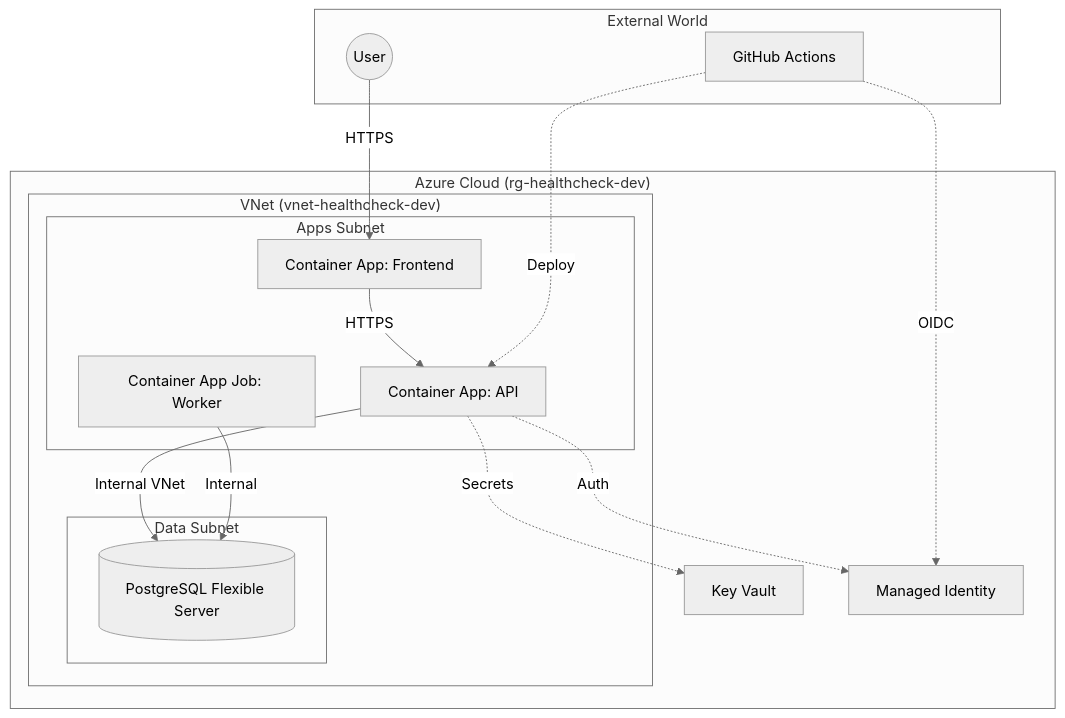
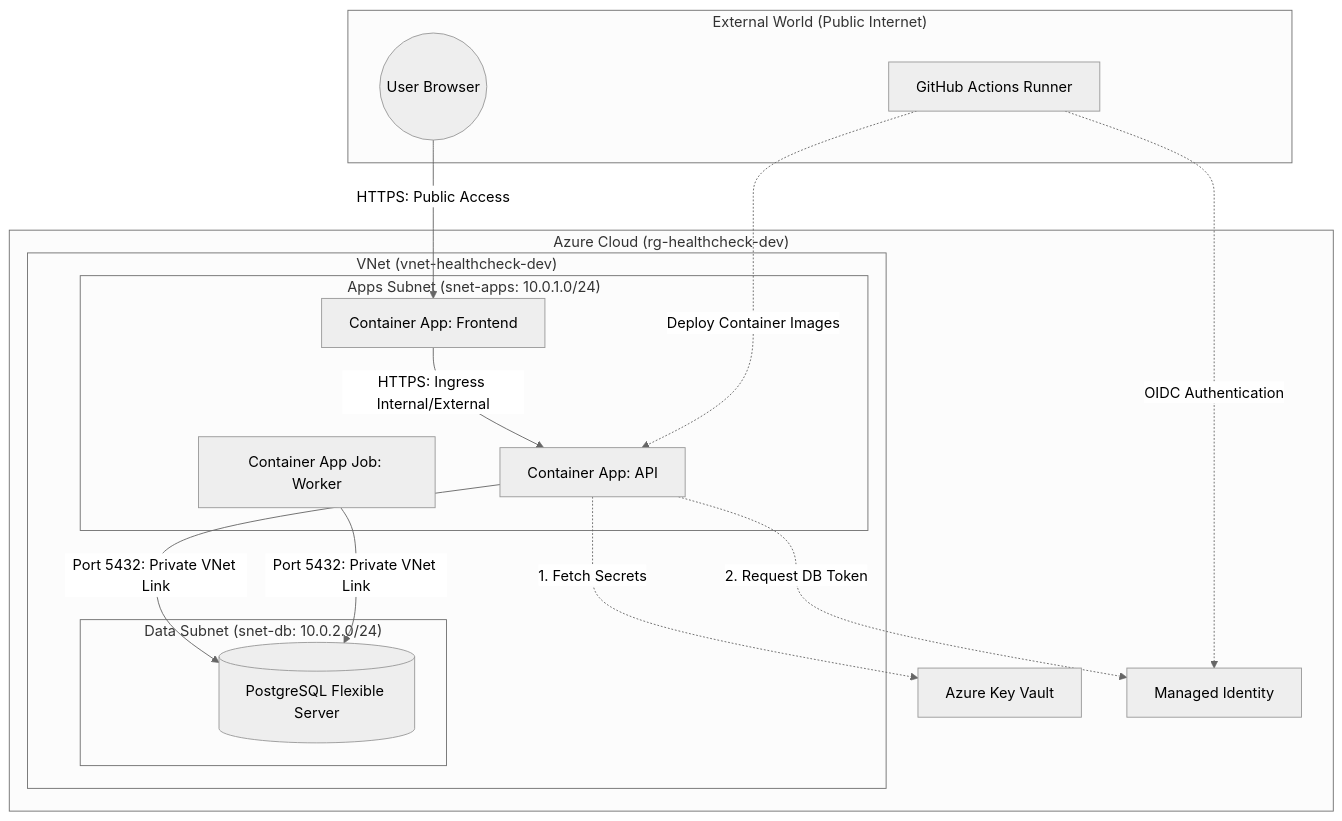
One commit to toanle88/Healthcheck changed the diagram in docs/lessons/01-architecture-overview.md. Above: the diagram before and after it, drawn with Mermaid (neutral theme). The commit also changed other lines of this file and 4 other files, not shown here.

First line of the commit message:
Enhance documentation for Go microservices, Terraform infrastructure, Azure Container Apps, and CI/CD processes

````diff
--- a/docs/lessons/01-architecture-overview.md
+++ b/docs/lessons/01-architecture-overview.md
@@ -9,33 +11,33 @@
 ```mermaid
 graph TD
-    subgraph "External World"
-        User((User))
-        GH[GitHub Actions]
+    subgraph "External World (Public Internet)"
+        User((User Browser))
+        GH[GitHub Actions Runner]
     end
 
     subgraph "Azure Cloud (rg-healthcheck-dev)"
         subgraph "VNet (vnet-healthcheck-dev)"
-            subgraph "Apps Subnet"
+            subgraph "Apps Subnet (snet-apps: 10.0.1.0/24)"
+                Web[Container App: Frontend]
                 API[Container App: API]
                 Worker[Container App Job: Worker]
-                Web[Container App: Frontend]
             end
             
-            subgraph "Data Subnet"
+            subgraph "Data Subnet (snet-db: 10.0.2.0/24)"
                 DB[(PostgreSQL Flexible Server)]
             end
         end
 
-        KV[Key Vault]
+        KV[Azure Key Vault]
         ID[Managed Identity]
     end
 
-    User -->|HTTPS| Web
-    Web -->|HTTPS| API
-    API -->|Internal VNet| DB
-    Worker -->|Internal| DB
-    API -.->|Auth| ID
-    API -.->|Secrets| KV
-    GH -.->|OIDC| ID
-    GH -.->|Deploy| API
+    User -->|HTTPS: Public Access| Web
+    Web -->|HTTPS: Ingress Internal/External| API
+    API -->|Port 5432: Private VNet Link| DB
+    Worker -->|Port 5432: Private VNet Link| DB
+    API -.->|1. Fetch Secrets| KV
+    API -.->|2. Request DB Token| ID
+    GH -.->|OIDC Authentication| ID
+    GH -.->|Deploy Container Images| API
 ```
````
